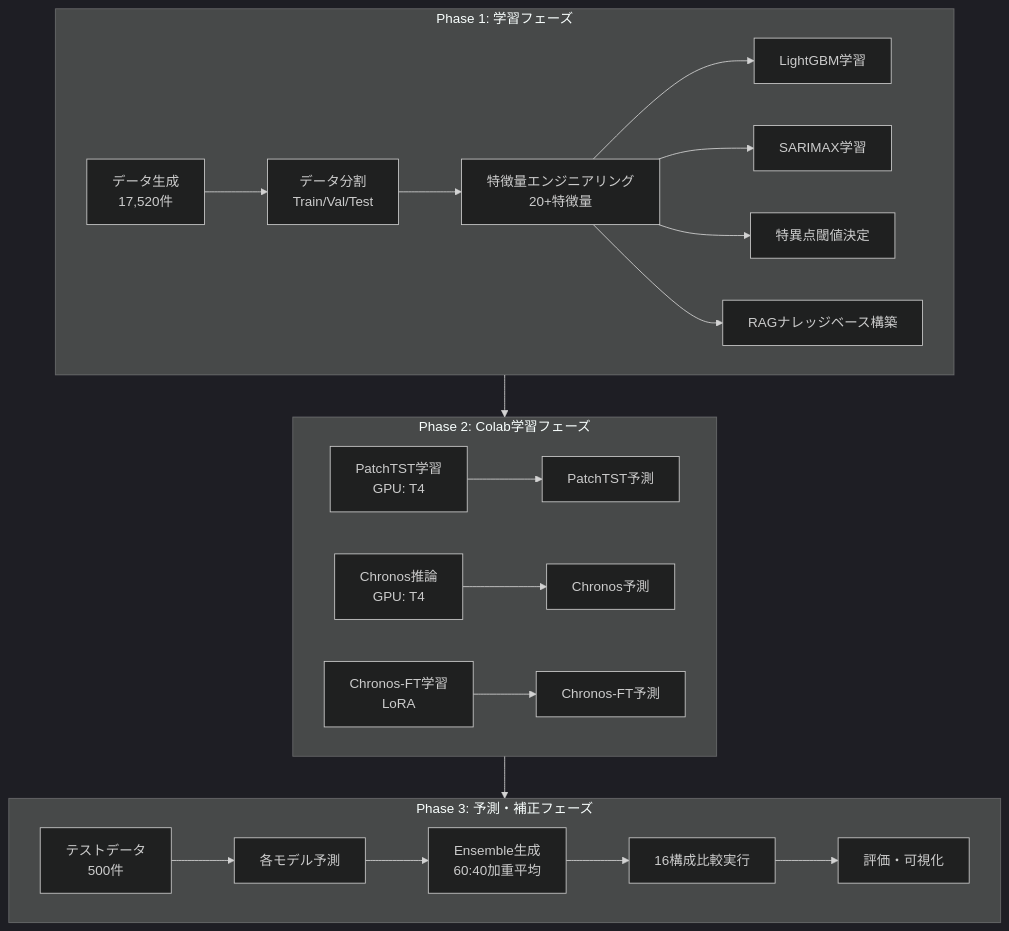
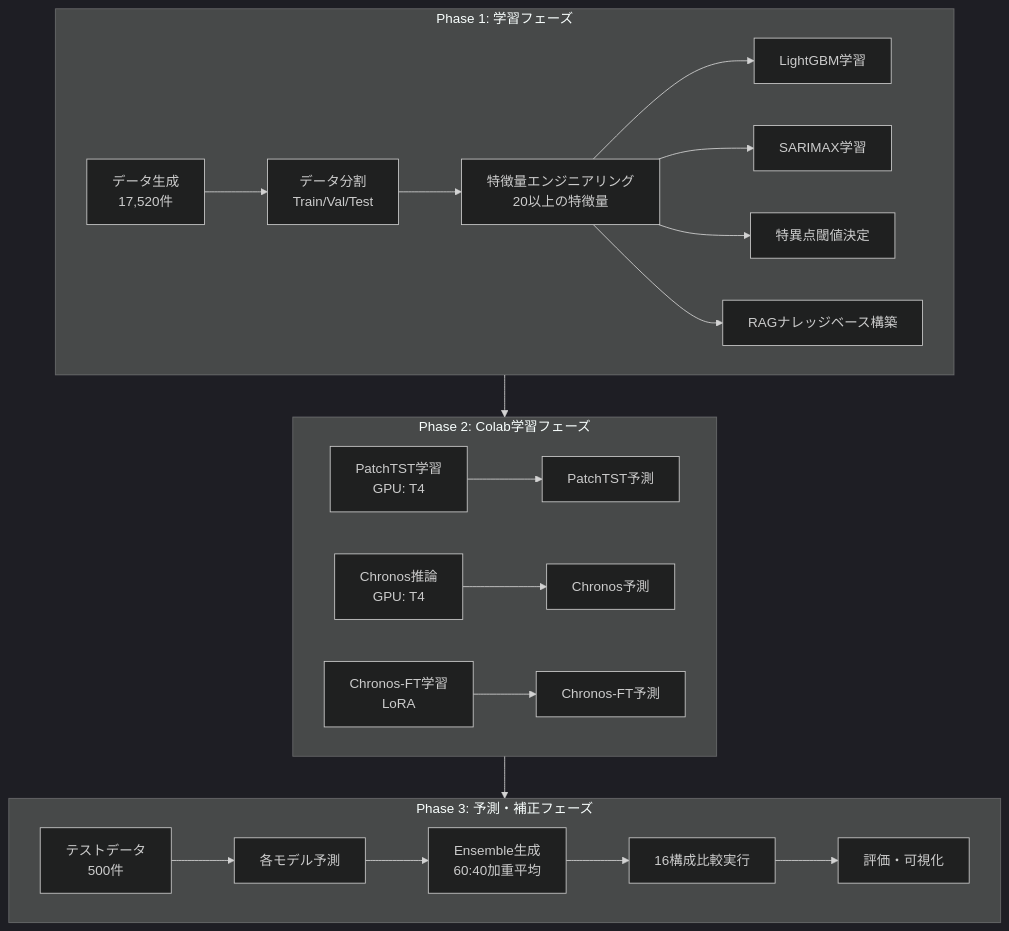
One commit to kiwiiosaru-jp/shinkijigyou_AI_Agent_demo changed the ninth of 21 diagrams in power_demand_llm_final_report_v2.md. Above: the diagram before and after it, drawn with Mermaid (dark theme). The commit also changed other lines of this file, not shown here.

````diff
--- a/power_demand_llm_final_report_v2.md
+++ b/power_demand_llm_final_report_v2.md
@@ -790,27 +790,27 @@
 ```mermaid
 flowchart TD
     subgraph Phase1["Phase 1: 学習フェーズ"]
         P1_1[データ生成<br/>17,520件] --> P1_2[データ分割<br/>Train/Val/Test]
-        P1_2 --> P1_3[特徴量エンジニアリング<br/>20+特徴量]
+        P1_2 --> P1_3["特徴量エンジニアリング<br/>20以上の特徴量"]
         P1_3 --> P1_4[LightGBM学習]
         P1_3 --> P1_5[SARIMAX学習]
         P1_3 --> P1_6[特異点閾値決定]
         P1_3 --> P1_7[RAGナレッジベース構築]
     end
 
     subgraph Phase2["Phase 2: Colab学習フェーズ"]
         P2_1[PatchTST学習<br/>GPU: T4] --> P2_2[PatchTST予測]
         P2_3[Chronos推論<br/>GPU: T4] --> P2_4[Chronos予測]
         P2_5[Chronos-FT学習<br/>LoRA] --> P2_6[Chronos-FT予測]
     end
 
     subgraph Phase3["Phase 3: 予測・補正フェーズ"]
         P3_1[テストデータ<br/>500件] --> P3_2[各モデル予測]
         P3_2 --> P3_3[Ensemble生成<br/>60:40加重平均]
         P3_3 --> P3_4[16構成比較実行]
         P3_4 --> P3_5[評価・可視化]
     end
 
     Phase1 --> Phase2
     Phase2 --> Phase3
 ```
````
